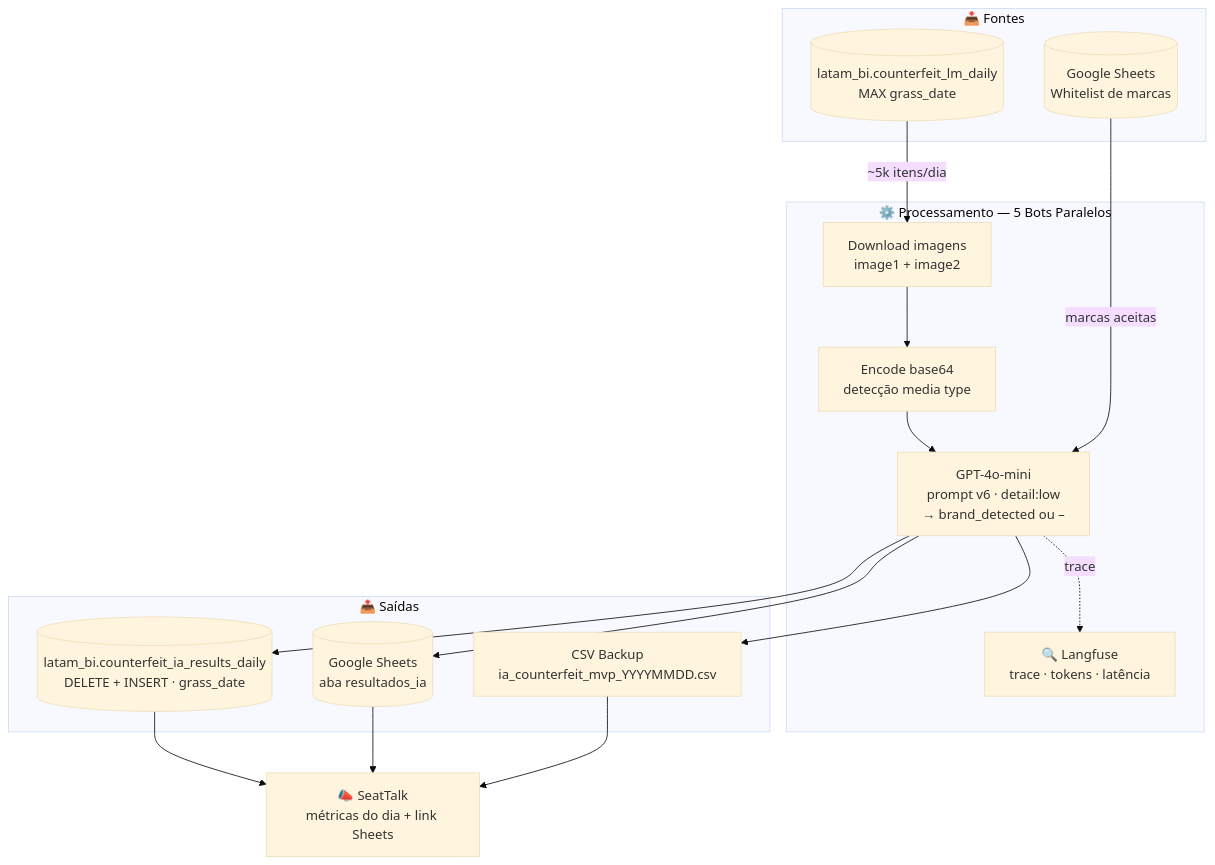
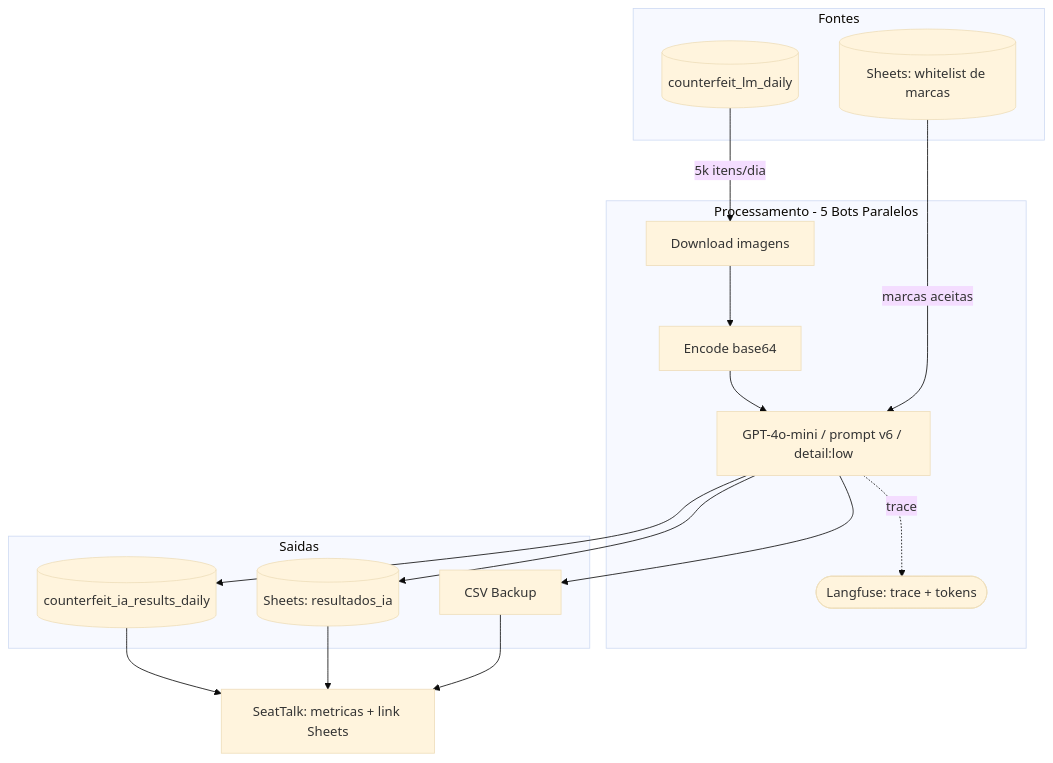
One commit to jackelineriqueira/latam_listings_counterfeit_ai_model changed the diagram in WORKFLOW.md. Above: the diagram before and after it, drawn with Mermaid (base theme).

Commit message:
fix(docs): fix Mermaid syntax errors in workflow diagram

````diff
--- a/WORKFLOW.md
+++ b/WORKFLOW.md
@@ -11,33 +11,33 @@
 ```mermaid
 flowchart TD
-    subgraph FONTES["📥 Fontes"]
-        P1[(latam_bi.counterfeit_lm_daily\nMAX grass_date)]
-        GS1[(Google Sheets\nWhitelist de marcas)]
+    subgraph FONTES[Fontes]
+        P1[(counterfeit_lm_daily)]
+        GS1[(Sheets: whitelist de marcas)]
     end
 
-    subgraph PROC["⚙️ Processamento — 5 Bots Paralelos"]
-        B["Download imagens\nimage1 + image2"]
-        C["Encode base64\ndetecção media type"]
-        D["GPT-4o-mini\nprompt v6 · detail:low\n→ brand_detected ou –"]
-        LF["🔍 Langfuse\ntrace · tokens · latência"]
+    subgraph PROC[Processamento - 5 Bots Paralelos]
+        B[Download imagens]
+        C[Encode base64]
+        D[GPT-4o-mini / prompt v6 / detail:low]
+        LF([Langfuse: trace + tokens])
         B --> C --> D
         D -.->|trace| LF
     end
 
-    subgraph SAIDAS["📤 Saídas"]
-        P2[(latam_bi.counterfeit_ia_results_daily\nDELETE + INSERT · grass_date)]
-        CSV[CSV Backup\nia_counterfeit_mvp_YYYYMMDD.csv]
-        GS2[(Google Sheets\naba resultados_ia)]
+    subgraph SAIDAS[Saidas]
+        P2[(counterfeit_ia_results_daily)]
+        CSV[CSV Backup]
+        GS2[(Sheets: resultados_ia)]
     end
 
-    ST["📣 SeatTalk\nmétricas do dia + link Sheets"]
+    ST[SeatTalk: metricas + link Sheets]
 
-    P1 -->|~5k itens/dia| B
+    P1 -->|5k itens/dia| B
     GS1 -->|marcas aceitas| D
     D --> P2
     D --> CSV
     D --> GS2
     P2 --> ST
     GS2 --> ST
     CSV --> ST
 ```
````
